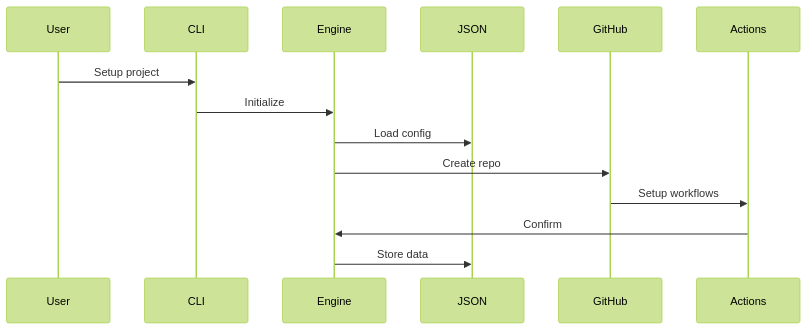
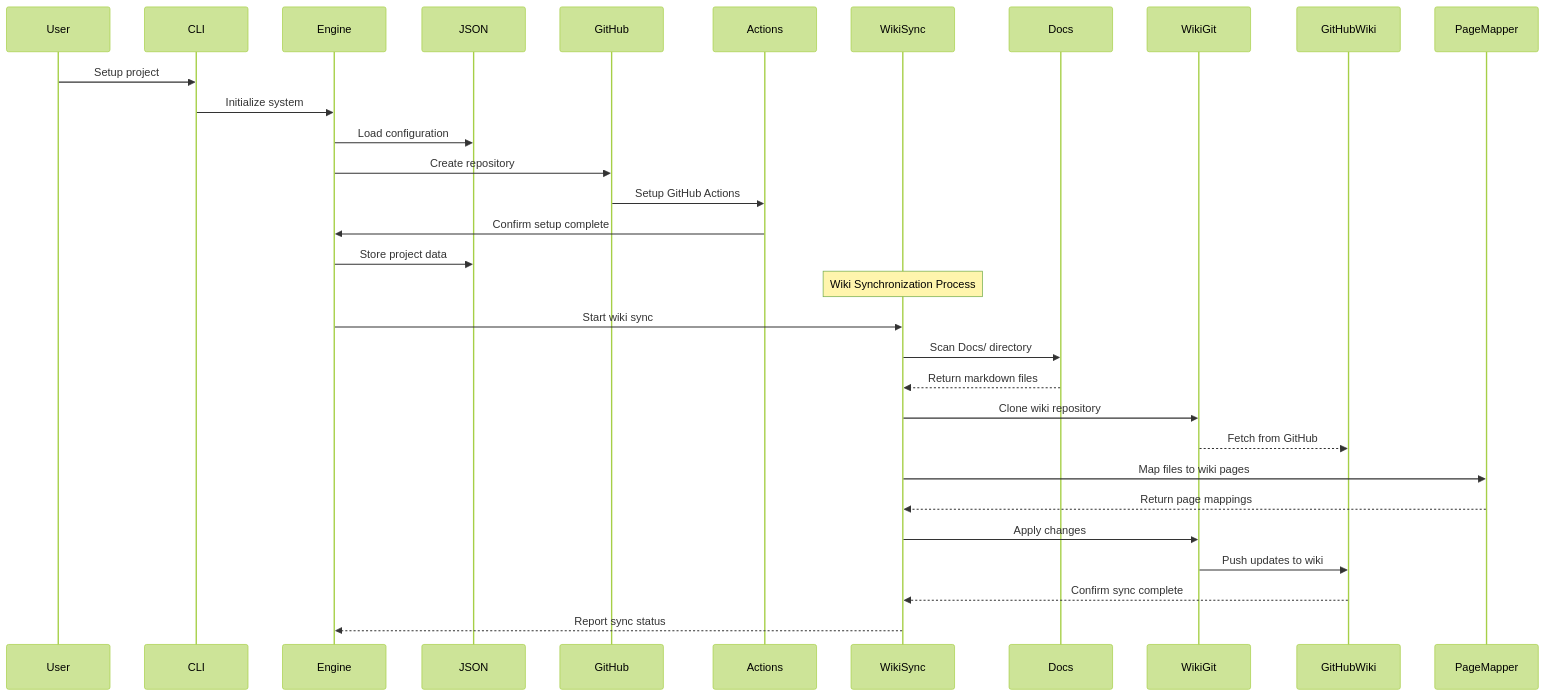
The tenth of 11 diagrams in README.md (Shakour-Data/AutoProjectManagement), drawn with Mermaid (forest theme) before and after one commit. The commit also changed other lines of this file, not shown here.

Commit message:
`feat: add GitHub Wiki synchronization feature with new services and workflow`

````diff
--- a/README.md
+++ b/README.md
@@ -142,10 +187,35 @@
 ```mermaid
 sequenceDiagram
+    participant User
+    participant CLI
+    participant Engine
+    participant JSON
+    participant GitHub
+    participant Actions
+    participant WikiSync
+    participant Docs
+    participant WikiGit
+    participant GitHubWiki
+    participant PageMapper
+    
     User->>CLI: Setup project
-    CLI->>Engine: Initialize
-    Engine->>JSON: Load config
-    Engine->>GitHub: Create repo
-    GitHub->>Actions: Setup workflows
-    Actions->>Engine: Confirm
-    Engine->>JSON: Store data
+    CLI->>Engine: Initialize system
+    Engine->>JSON: Load configuration
+    Engine->>GitHub: Create repository
+    GitHub->>Actions: Setup GitHub Actions
+    Actions->>Engine: Confirm setup complete
+    Engine->>JSON: Store project data
+    
+    Note over WikiSync: Wiki Synchronization Process
+    Engine->>WikiSync: Start wiki sync
+    WikiSync->>Docs: Scan Docs/ directory
+    Docs-->>WikiSync: Return markdown files
+    WikiSync->>WikiGit: Clone wiki repository
+    WikiGit-->>GitHubWiki: Fetch from GitHub
+    WikiSync->>PageMapper: Map files to wiki pages
+    PageMapper-->>WikiSync: Return page mappings
+    WikiSync->>WikiGit: Apply changes
+    WikiGit->>GitHubWiki: Push updates to wiki
+    GitHubWiki-->>WikiSync: Confirm sync complete
+    WikiSync-->>Engine: Report sync status
 ```
````
